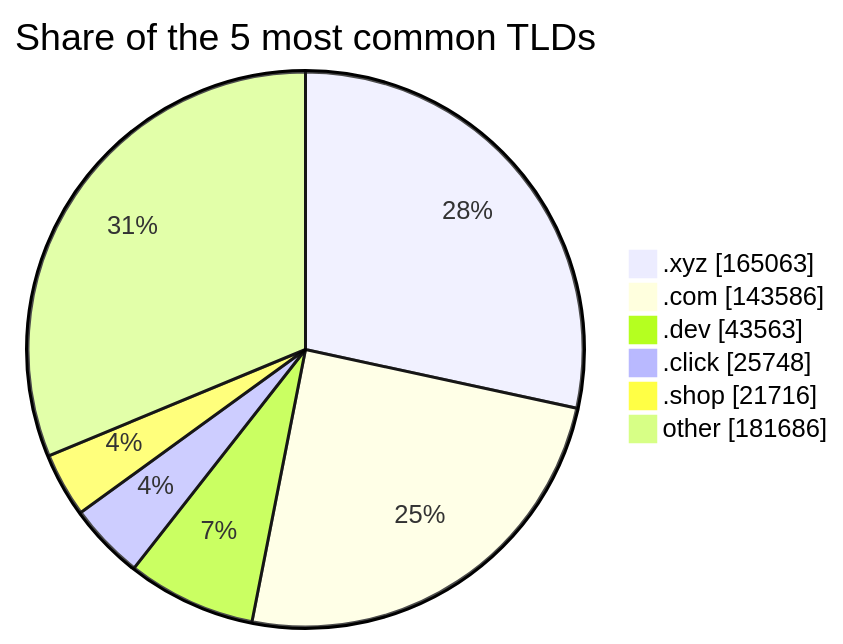
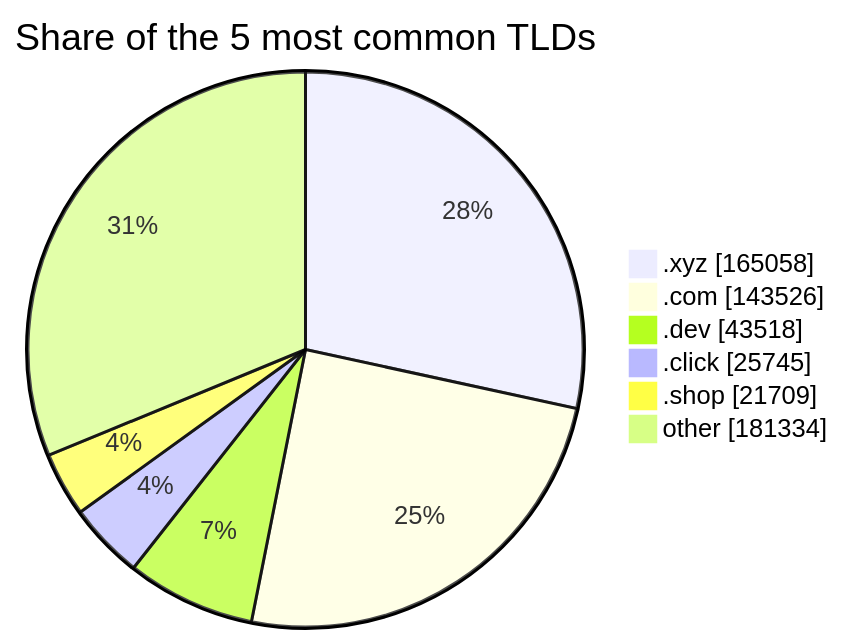
One commit to DNSBunker/CTI changed the third of 3 diagrams in README.md. Above: the diagram before and after it, drawn with Mermaid. The commit also changed other lines of this file and 3 other files, not shown here.

````diff
--- a/README.md
+++ b/README.md
@@ -81,9 +81,9 @@
 ```mermaid
 pie showData title Share of the 5 most common TLDs
-    ".xyz" : 165063
-    ".com" : 143586
-    ".dev" : 43563
-    ".click" : 25748
-    ".shop" : 21716
-    "other" : 181686
+    ".xyz" : 165058
+    ".com" : 143526
+    ".dev" : 43518
+    ".click" : 25745
+    ".shop" : 21709
+    "other" : 181334
 ```
````
